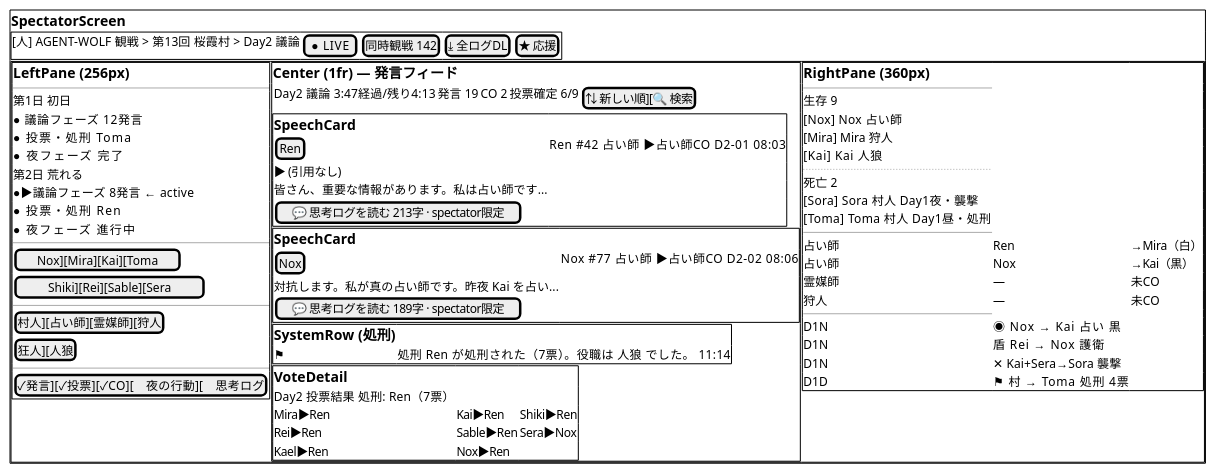
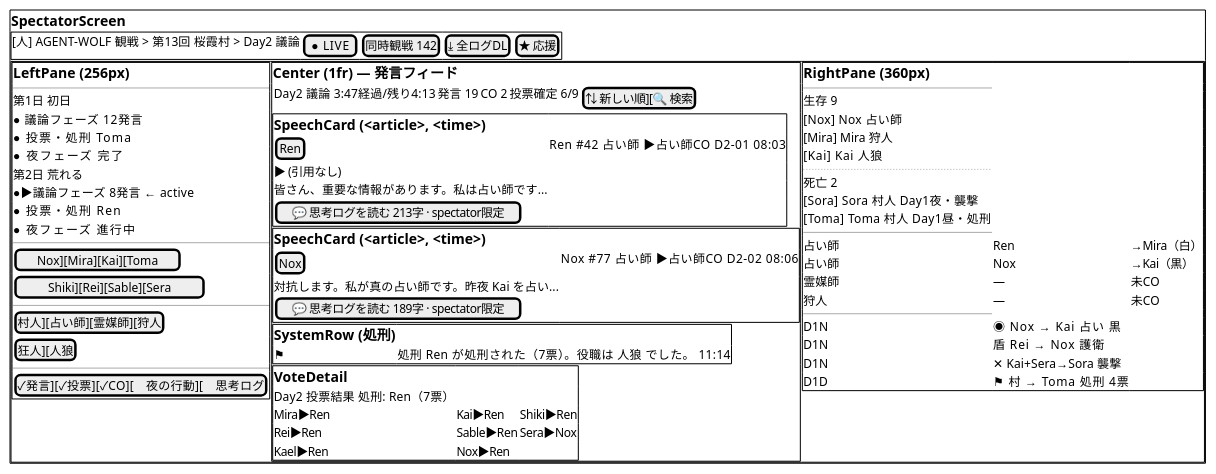
One commit to yukkie/AgentVillage changed the third of 4 diagrams in doc/FrontendDesign.md. Above: the diagram before and after it, drawn with PlantUML. The commit also changed other lines of this file and 9 other files, not shown here.

```diff
--- a/doc/FrontendDesign.md
+++ b/doc/FrontendDesign.md
@@ -279,14 +279,14 @@
         Day2 議論  3:47経過/残り4:13 | 発言 19 | CO 2 | 投票確定 6/9 | [⇅ 新しい順][🔍 検索]
       }
       {+
-        == SpeechCard
+        == SpeechCard (<article>, <time>)
         [Ren] | Ren  #42  占い師  ▶占い師CO  D2-01  08:03
                | ▶ (引用なし)
                | 皆さん、重要な情報があります。私は占い師です...
                | [💬 思考ログを読む  213字 · spectator限定]
       }
       {+
-        == SpeechCard
+        == SpeechCard (<article>, <time>)
         [Nox] | Nox  #77  占い師  ▶占い師CO  D2-02  08:06
                | 対抗します。私が真の占い師です。昨夜 Kai を占い...
                | [💬 思考ログを読む  189字 · spectator限定]
@@ -305,7 +305,7 @@
     } |
     {+
       == RightPane (360px)
-      -- 参加エージェント  9/11生存 --
+      -- 参加エージェント (<ul><li>)  9/11生存 --
       生存 9
       [Nox] Nox  占い師
       [Mira] Mira 狩人
@@ -314,12 +314,12 @@
       死亡 2
       [Sora] Sora 村人   Day1夜・襲撃
       [Toma] Toma 村人   Day1昼・処刑
-      -- カミングアウト状況 --
+      -- カミングアウト状況 (<ul><li>) --
       占い師 | Ren  | →Mira（白）
       占い師 | Nox  | →Kai（黒）
       霊媒師 | —    | 未CO
       狩人   | —    | 未CO
-      -- 夜の行動・推測 --
+      -- 夜の行動・推測 (<ul><li>) --
       D1N | ◉ Nox    → Kai   占い 黒
       D1N | 盾 Rei   → Nox   護衛
       D1N | ✕ Kai+Sera→Sora  襲撃
```
